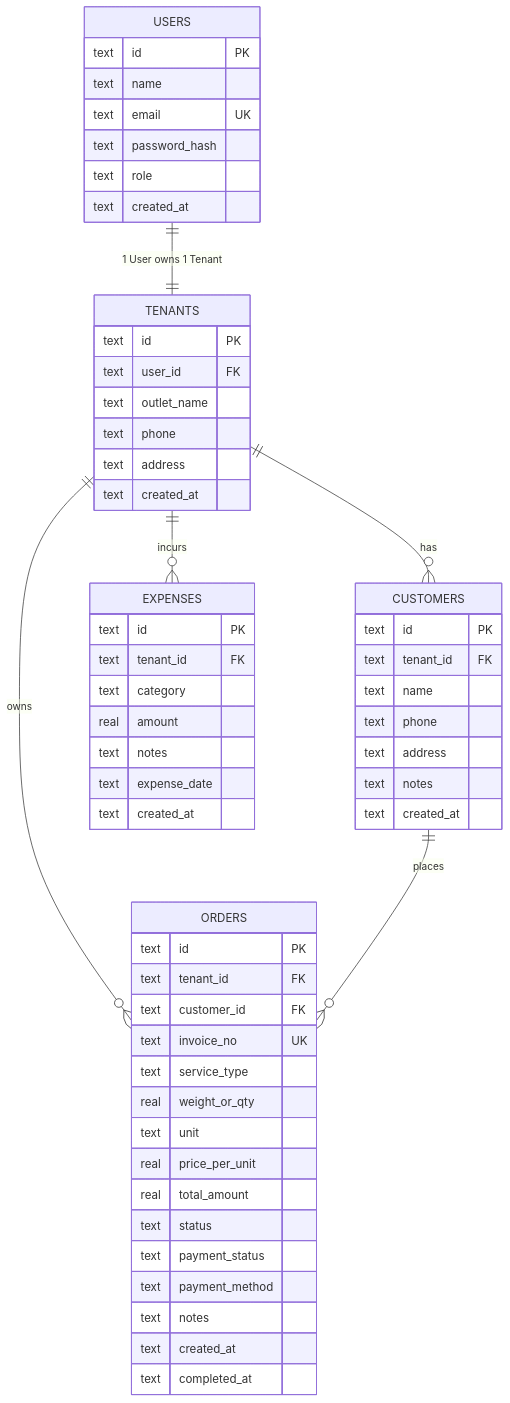
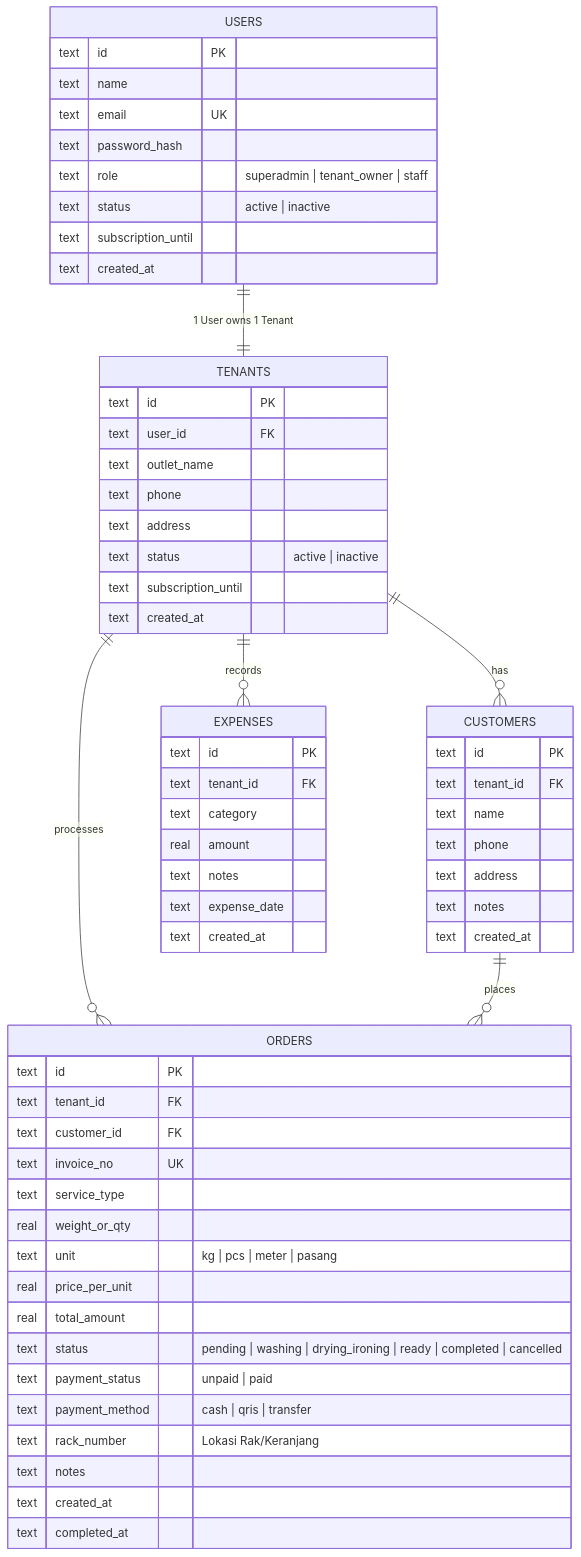
Before and after one commit to cleaniqueacademy/orchidbrand-smart-loundry: the diagram in PRD.md, drawn with Mermaid. The commit also changed other lines of this file and 31 other files, not shown here.

Commit message:
feat: add full-stack laundry management application with frontend UI components and backend database schema

````diff
--- a/PRD.md
+++ b/PRD.md
@@ -124,64 +138,69 @@
 ```mermaid
 erDiagram
     USERS ||--|| TENANTS : "1 User owns 1 Tenant"
     TENANTS ||--o{ CUSTOMERS : "has"
-    TENANTS ||--o{ ORDERS : "owns"
-    TENANTS ||--o{ EXPENSES : "incurs"
+    TENANTS ||--o{ ORDERS : "processes"
+    TENANTS ||--o{ EXPENSES : "records"
     CUSTOMERS ||--o{ ORDERS : "places"
 
     USERS {
         text id PK
         text name
         text email UK
         text password_hash
-        text role
+        text role "superadmin | tenant_owner | staff"
+        text status "active | inactive"
+        text subscription_until
         text created_at
     }
 
     TENANTS {
         text id PK
         text user_id FK
         text outlet_name
         text phone
         text address
+        text status "active | inactive"
+        text subscription_until
         text created_at
     }
 
     CUSTOMERS {
         text id PK
         text tenant_id FK
         text name
         text phone
         text address
         text notes
         text created_at
     }
 
     ORDERS {
         text id PK
         text tenant_id FK
         text customer_id FK
         text invoice_no UK
         text service_type
         real weight_or_qty
-        text unit
+        text unit "kg | pcs | meter | pasang"
         real price_per_unit
         real total_amount
-        text status
-        text payment_status
-        text payment_method
+        text status "pending | washing | drying_ironing | ready | completed | cancelled"
+        text payment_status "unpaid | paid"
+        text payment_method "cash | qris | transfer"
+        text rack_number "Lokasi Rak/Keranjang"
         text notes
         text created_at
         text completed_at
     }
 
     EXPENSES {
         text id PK
         text tenant_id FK
         text category
         real amount
         text notes
         text expense_date
         text created_at
     }
 ```
````
